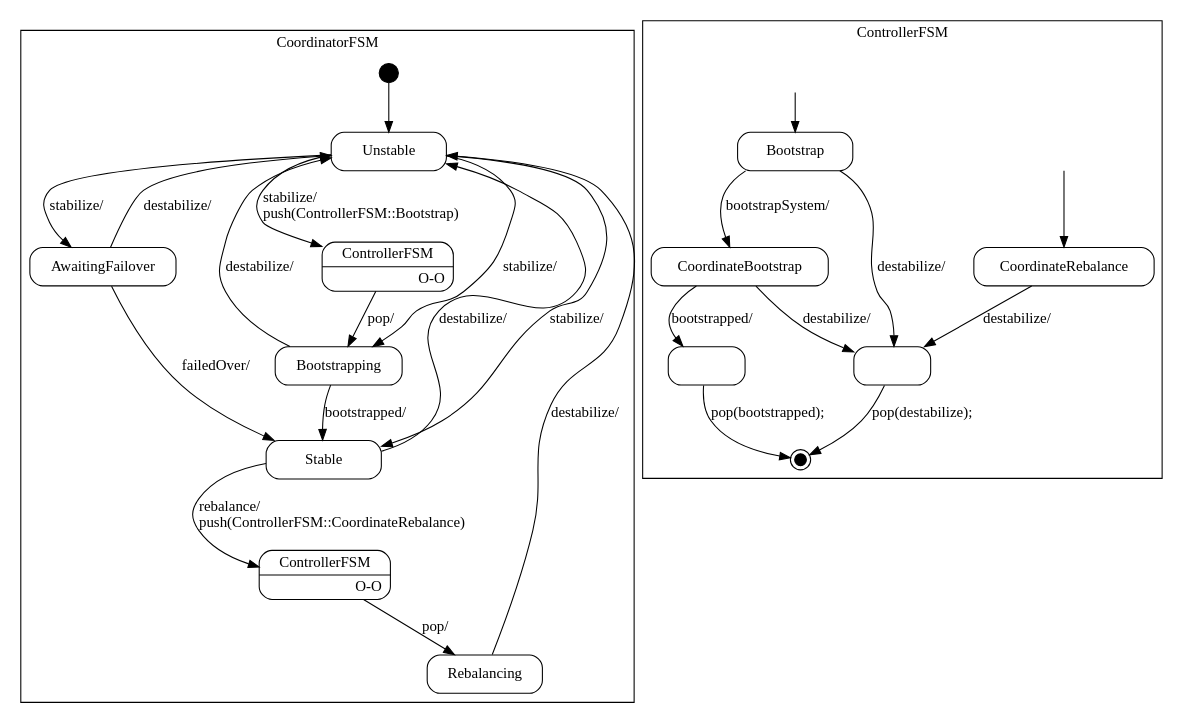
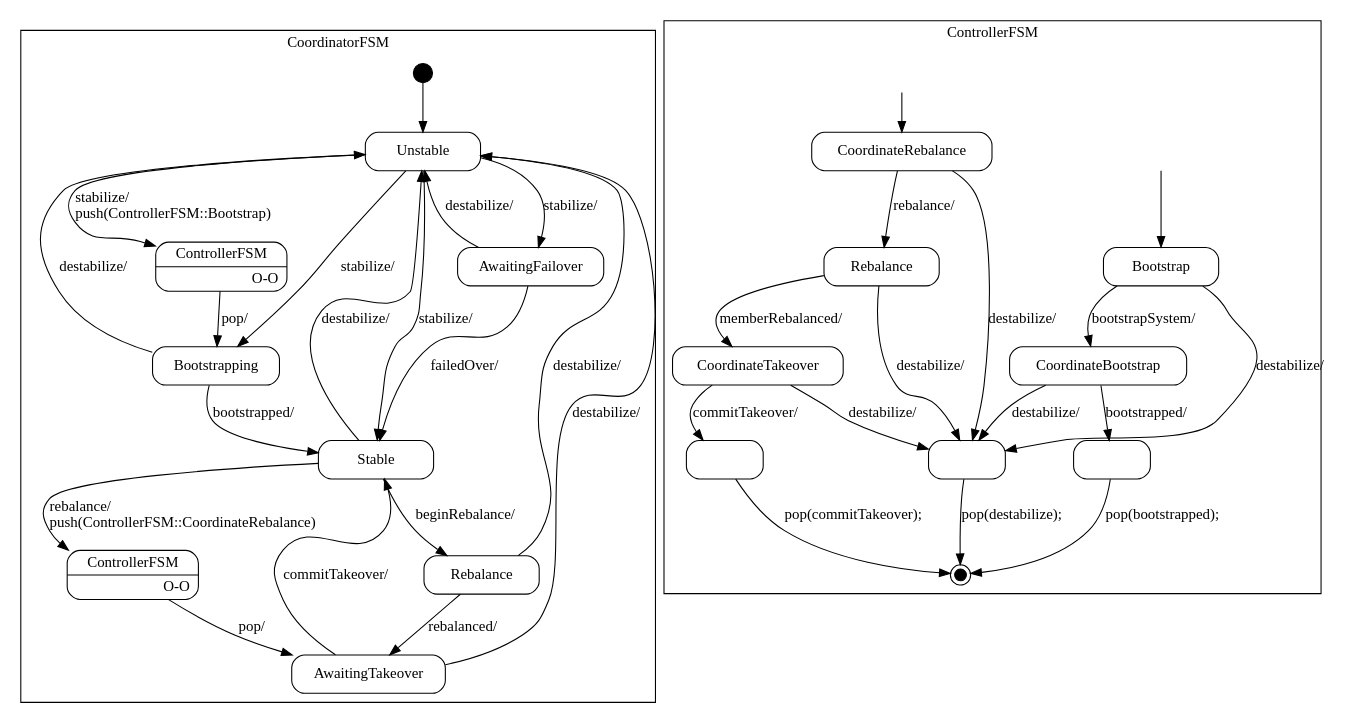
The diagram in producer/doc/Coordinator_sm.dot (vmehra-sfdc/Ouroboros), drawn with Graphviz before and after one commit. The commit also changed 3 other files, not shown here.

```diff
--- a/producer/doc/Coordinator_sm.dot
+++ b/producer/doc/Coordinator_sm.dot
@@ -1,148 +1,190 @@
 digraph Coordinator {
 
     node
         [shape=Mrecord width=1.5];
 
     subgraph cluster_CoordinatorFSM {
 
         label="CoordinatorFSM";
 
         //
         // States (Nodes)
         //
 
         "CoordinatorFSM::Unstable"
             [label="{Unstable}"];
 
         "CoordinatorFSM::AwaitingFailover"
             [label="{AwaitingFailover}"];
 
         "CoordinatorFSM::Stable"
             [label="{Stable}"];
 
         "CoordinatorFSM::Bootstrapping"
             [label="{Bootstrapping}"];
 
-        "CoordinatorFSM::Rebalancing"
-            [label="{Rebalancing}"];
+        "CoordinatorFSM::Rebalance"
+            [label="{Rebalance}"];
+
+        "CoordinatorFSM::AwaitingTakeover"
+            [label="{AwaitingTakeover}"];
 
         "CoordinatorFSM::Bootstrapping::ControllerFSM"
             [label="{ControllerFSM|O-O\r}"]
 
-        "CoordinatorFSM::Rebalancing::ControllerFSM"
+        "CoordinatorFSM::AwaitingTakeover::ControllerFSM"
             [label="{ControllerFSM|O-O\r}"]
 
         "%start"
             [label="" shape=circle style=filled fillcolor=black width=0.25];
 
         //
         // Transitions (Edges)
         //
 
         "CoordinatorFSM::Unstable" -> "CoordinatorFSM::AwaitingFailover"
             [label="stabilize/\l"];
 
         "CoordinatorFSM::Unstable" -> "CoordinatorFSM::Bootstrapping::ControllerFSM"
             [label="stabilize/\lpush(ControllerFSM::Bootstrap)\l"];
 
         "CoordinatorFSM::Unstable" -> "CoordinatorFSM::Bootstrapping"
             [label="stabilize/\l"];
 
         "CoordinatorFSM::Unstable" -> "CoordinatorFSM::Stable"
             [label="stabilize/\l"];
 
         "CoordinatorFSM::AwaitingFailover" -> "CoordinatorFSM::Stable"
             [label="failedOver/\l"];
 
         "CoordinatorFSM::AwaitingFailover" -> "CoordinatorFSM::Unstable"
             [label="destabilize/\l"];
 
-        "CoordinatorFSM::Stable" -> "CoordinatorFSM::Rebalancing::ControllerFSM"
+        "CoordinatorFSM::Stable" -> "CoordinatorFSM::AwaitingTakeover::ControllerFSM"
             [label="rebalance/\lpush(ControllerFSM::CoordinateRebalance)\l"];
+
+        "CoordinatorFSM::Stable" -> "CoordinatorFSM::Rebalance"
+            [label="beginRebalance/\l"];
 
         "CoordinatorFSM::Stable" -> "CoordinatorFSM::Unstable"
             [label="destabilize/\l"];
 
         "CoordinatorFSM::Bootstrapping" -> "CoordinatorFSM::Stable"
             [label="bootstrapped/\l"];
 
         "CoordinatorFSM::Bootstrapping" -> "CoordinatorFSM::Unstable"
             [label="destabilize/\l"];
 
-        "CoordinatorFSM::Rebalancing" -> "CoordinatorFSM::Unstable"
+        "CoordinatorFSM::Rebalance" -> "CoordinatorFSM::AwaitingTakeover"
+            [label="rebalanced/\l"];
+
+        "CoordinatorFSM::Rebalance" -> "CoordinatorFSM::Unstable"
+            [label="destabilize/\l"];
+
+        "CoordinatorFSM::AwaitingTakeover" -> "CoordinatorFSM::Stable"
+            [label="commitTakeover/\l"];
+
+        "CoordinatorFSM::AwaitingTakeover" -> "CoordinatorFSM::Unstable"
             [label="destabilize/\l"];
 
         "CoordinatorFSM::Bootstrapping::ControllerFSM" -> "CoordinatorFSM::Bootstrapping"
             [label="pop/"]
 
-        "CoordinatorFSM::Rebalancing::ControllerFSM" -> "CoordinatorFSM::Rebalancing"
+        "CoordinatorFSM::AwaitingTakeover::ControllerFSM" -> "CoordinatorFSM::AwaitingTakeover"
             [label="pop/"]
 
         "%start" -> "CoordinatorFSM::Unstable"
     }
 
     subgraph cluster_ControllerFSM {
 
         label="ControllerFSM";
 
         //
         // States (Nodes)
         //
 
         "ControllerFSM::Bootstrap"
             [label="{Bootstrap}"];
 
         "ControllerFSM::CoordinateBootstrap"
             [label="{CoordinateBootstrap}"];
 
         "ControllerFSM::CoordinateRebalance"
             [label="{CoordinateRebalance}"];
 
+        "ControllerFSM::Rebalance"
+            [label="{Rebalance}"];
+
+        "ControllerFSM::CoordinateTakeover"
+            [label="{CoordinateTakeover}"];
+
         "ControllerFSM::pop(destabilize)"
             [label="" width=1]
 
         "ControllerFSM::pop(bootstrapped)"
+            [label="" width=1]
+
+        "ControllerFSM::pop(commitTakeover)"
             [label="" width=1]
 
         "ControllerFSM::%end"
             [label="" shape=doublecircle style=filled fillcolor=black width=0.15];
 
         "push(ControllerFSM::CoordinateRebalance)"
             [label="" shape=plaintext];
 
         "push(ControllerFSM::Bootstrap)"
             [label="" shape=plaintext];
 
         //
         // Transitions (Edges)
         //
 
         "ControllerFSM::Bootstrap" -> "ControllerFSM::CoordinateBootstrap"
             [label="bootstrapSystem/\l"];
 
         "ControllerFSM::Bootstrap" -> "ControllerFSM::pop(destabilize)"
             [label="destabilize/\l"];
 
         "ControllerFSM::CoordinateBootstrap" -> "ControllerFSM::pop(bootstrapped)"
             [label="bootstrapped/\l"];
 
         "ControllerFSM::CoordinateBootstrap" -> "ControllerFSM::pop(destabilize)"
             [label="destabilize/\l"];
 
+        "ControllerFSM::CoordinateRebalance" -> "ControllerFSM::Rebalance"
+            [label="rebalance/\l"];
+
         "ControllerFSM::CoordinateRebalance" -> "ControllerFSM::pop(destabilize)"
+            [label="destabilize/\l"];
+
+        "ControllerFSM::Rebalance" -> "ControllerFSM::CoordinateTakeover"
+            [label="memberRebalanced/\l"];
+
+        "ControllerFSM::Rebalance" -> "ControllerFSM::pop(destabilize)"
+            [label="destabilize/\l"];
+
+        "ControllerFSM::CoordinateTakeover" -> "ControllerFSM::pop(commitTakeover)"
+            [label="commitTakeover/\l"];
+
+        "ControllerFSM::CoordinateTakeover" -> "ControllerFSM::pop(destabilize)"
             [label="destabilize/\l"];
 
         "ControllerFSM::pop(destabilize)" -> "ControllerFSM::%end"
             [label="pop(destabilize);\l"];
 
         "ControllerFSM::pop(bootstrapped)" -> "ControllerFSM::%end"
             [label="pop(bootstrapped);\l"];
+
+        "ControllerFSM::pop(commitTakeover)" -> "ControllerFSM::%end"
+            [label="pop(commitTakeover);\l"];
 
         "push(ControllerFSM::CoordinateRebalance)" -> "ControllerFSM::CoordinateRebalance"
             [arrowtail=odot];
 
         "push(ControllerFSM::Bootstrap)" -> "ControllerFSM::Bootstrap"
             [arrowtail=odot];
     }
 
 }
```
